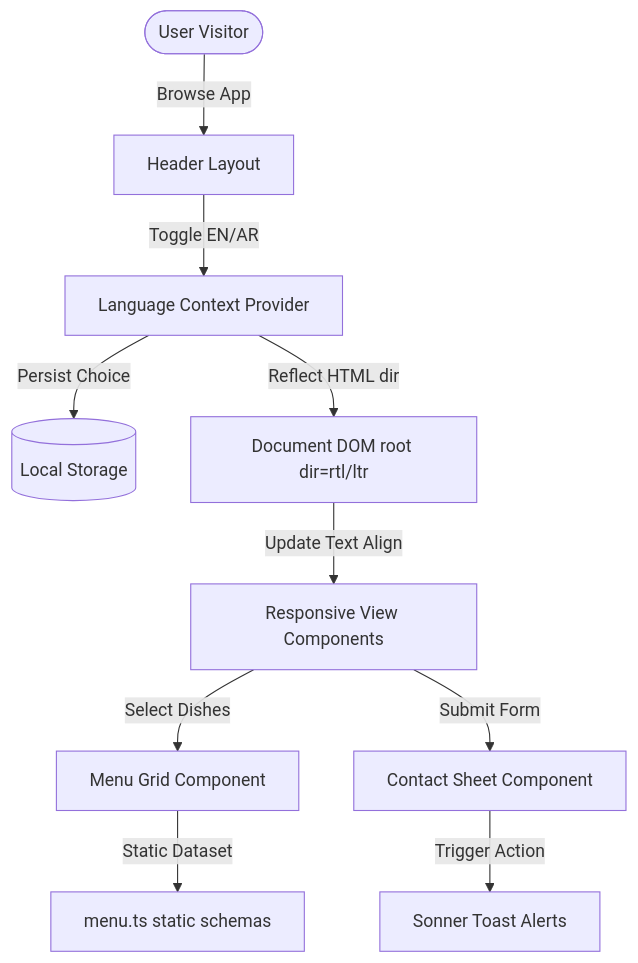
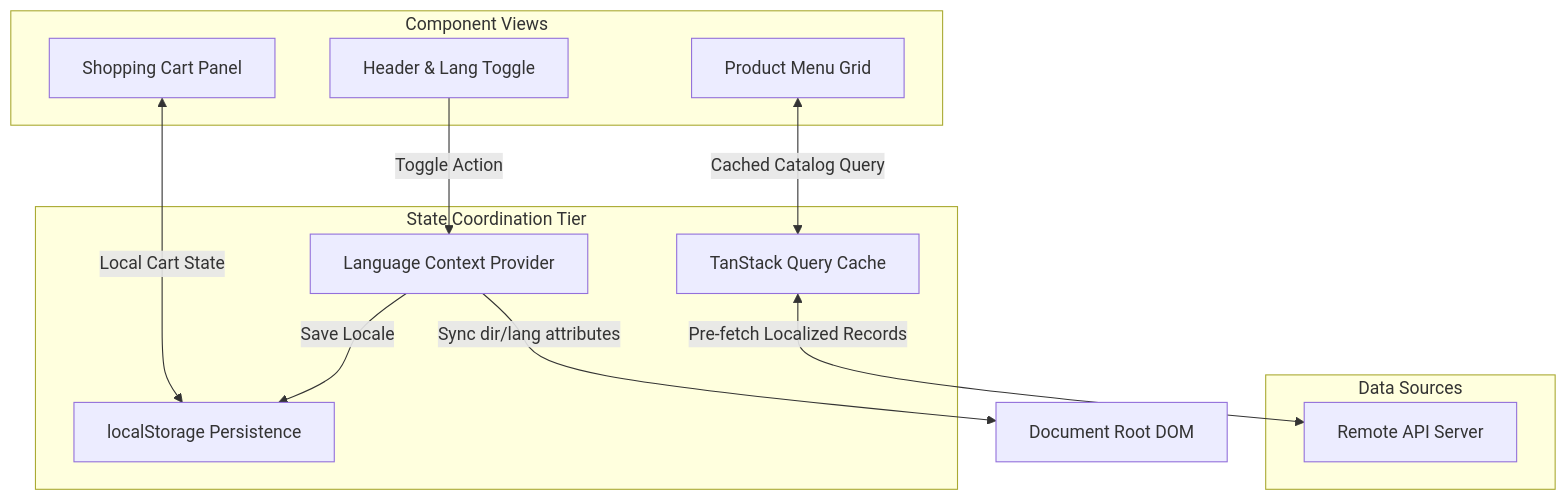
The diagram in README.md (Sayed-Herzallah/damascus-restaurant), drawn with Mermaid before and after one commit. The commit also changed other lines of this file and 1 other file, not shown here.

Commit message:
docs: upgrade README to senior system localization portal description

````diff
--- a/README.md
+++ b/README.md
@@ -25,14 +29,28 @@
 ```mermaid
 graph TD
-    User([User Visitor]) -->|Browse App| Header[Header Layout]
-    Header -->|Toggle EN/AR| LangContext[Language Context Provider]
-    LangContext -->|Persist Choice| LS[(Local Storage)]
-    LangContext -->|Reflect HTML dir| DOM[Document DOM root dir=rtl/ltr]
-    DOM -->|Update Text Align| UIComponents[Responsive View Components]
-    
-    UIComponents -->|Select Dishes| MenuGrid[Menu Grid Component]
-    MenuGrid -->|Static Dataset| MenuData[menu.ts static schemas]
-    
-    UIComponents -->|Submit Form| ContactPage[Contact Sheet Component]
-    ContactPage -->|Trigger Action| Sonner[Sonner Toast Alerts]
+    subgraph UI Layout [Component Views]
+        Header[Header & Lang Toggle]
+        MenuGrid[Product Menu Grid]
+        CartDrawer[Shopping Cart Panel]
+    end
+
+    subgraph State Portal [State Coordination Tier]
+        LangContext[Language Context Provider]
+        QueryCache[TanStack Query Cache]
+        LocaleStorage[localStorage Persistence]
+    end
+
+    subgraph Server Gateways [Data Sources]
+        API_Server[Remote API Server]
+    end
+
+    %% UI Connections
+    Header -->|Toggle Action| LangContext
+    MenuGrid <-->|Cached Catalog Query| QueryCache
+    CartDrawer <-->|Local Cart State| LocaleStorage
+
+    %% Core Data Flow
+    LangContext -->|Sync dir/lang attributes| DOM[Document Root DOM]
+    LangContext -->|Save Locale| LocaleStorage
+    QueryCache <-->|Pre-fetch Localized Records| API_Server
 ```
````
